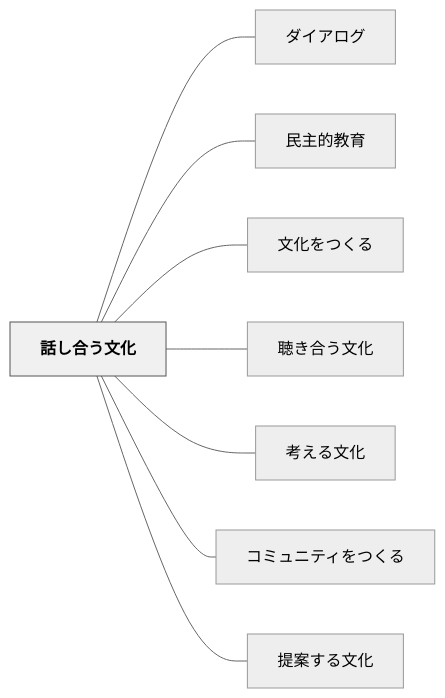
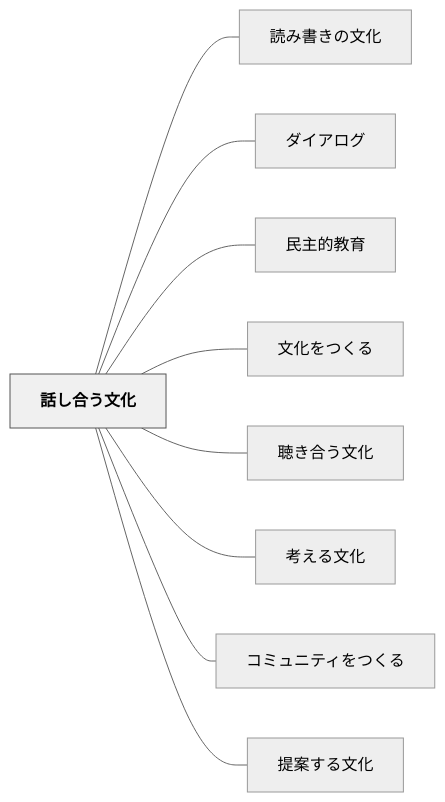
The diagram in content/パタン/話し合う文化.md (unknownthings-ed-patterns/unknownthings-ed-patterns), drawn with Mermaid (neutral theme) before and after one commit. The commit also changed other lines of this file and 100 other files, not shown here.

````diff
--- a/content/パタン/話し合う文化.md
+++ b/content/パタン/話し合う文化.md
@@ -113,22 +114,24 @@
 ```mermaid
 flowchart LR
     ne8a9b1e38197e59088e38186e69687e58c96["話し合う文化"]
+    ne8aaade381bfe69bb8e3818de381aee69687e58c96["読み書きの文化"]
     ne38380e382a4e382a2e383ade382b0["ダイアログ"]
     ne6b091e4b8bbe79a84e69599e882b2["民主的教育"]
     ne69687e58c96e38292e381a4e3818fe3828b["文化をつくる"]
     ne881b4e3818de59088e38186e69687e58c96["聴き合う文化"]
     ne88083e38188e3828be69687e58c96["考える文化"]
     ne382b3e3839fe383a5e3838be38386e382a3e38292e381a4e3818fe3828b["コミュニティをつくる"]
     ne68f90e6a188e38199e3828be69687e58c96["提案する文化"]
 
+    ne8a9b1e38197e59088e38186e69687e58c96 --- ne8aaade381bfe69bb8e3818de381aee69687e58c96
     ne8a9b1e38197e59088e38186e69687e58c96 --- ne38380e382a4e382a2e383ade382b0
     ne8a9b1e38197e59088e38186e69687e58c96 --- ne6b091e4b8bbe79a84e69599e882b2
     ne8a9b1e38197e59088e38186e69687e58c96 --- ne69687e58c96e38292e381a4e3818fe3828b
     ne8a9b1e38197e59088e38186e69687e58c96 --- ne881b4e3818de59088e38186e69687e58c96
     ne8a9b1e38197e59088e38186e69687e58c96 --- ne88083e38188e3828be69687e58c96
     ne8a9b1e38197e59088e38186e69687e58c96 --- ne382b3e3839fe383a5e3838be38386e382a3e38292e381a4e3818fe3828b
     ne8a9b1e38197e59088e38186e69687e58c96 --- ne68f90e6a188e38199e3828be69687e58c96
 
     classDef hub fill:#f0f0f0,stroke:#555,color:#000,font-weight:bold
     class ne8a9b1e38197e59088e38186e69687e58c96 hub
 ```
````
